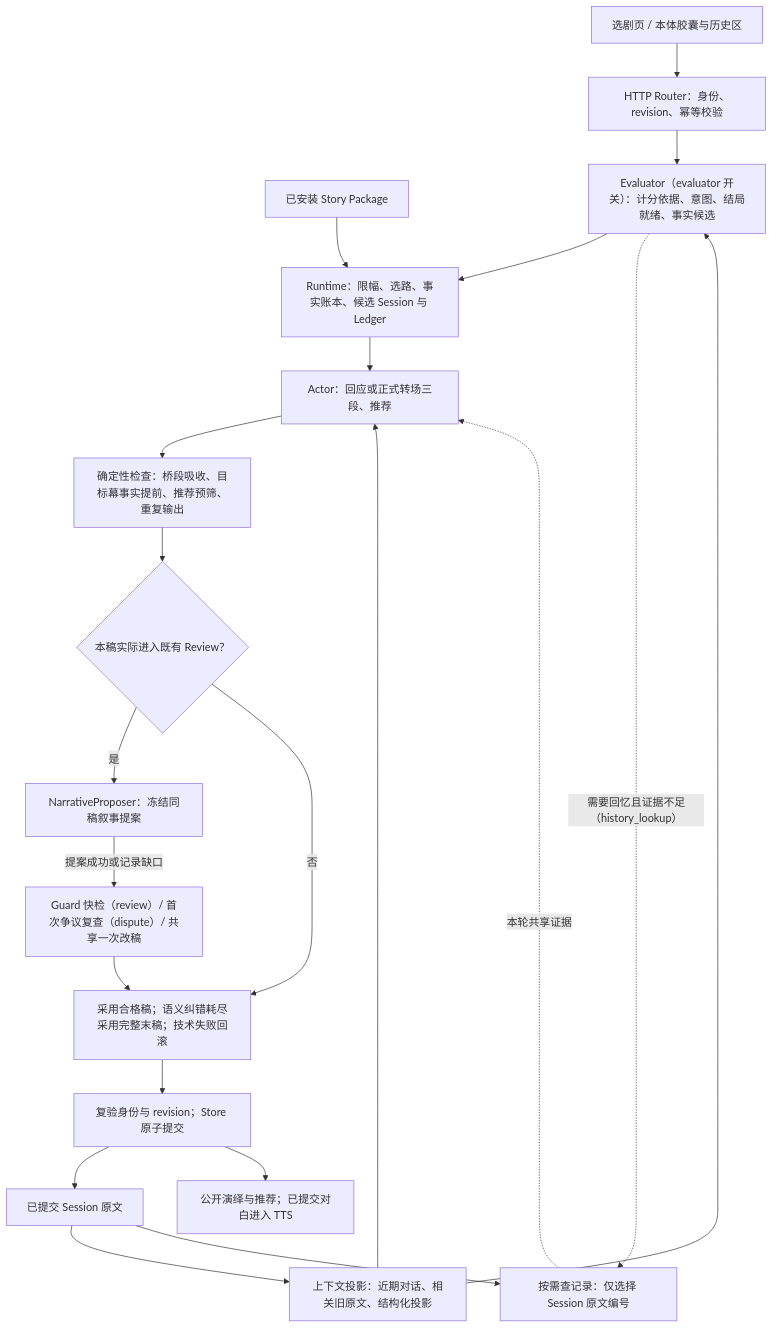
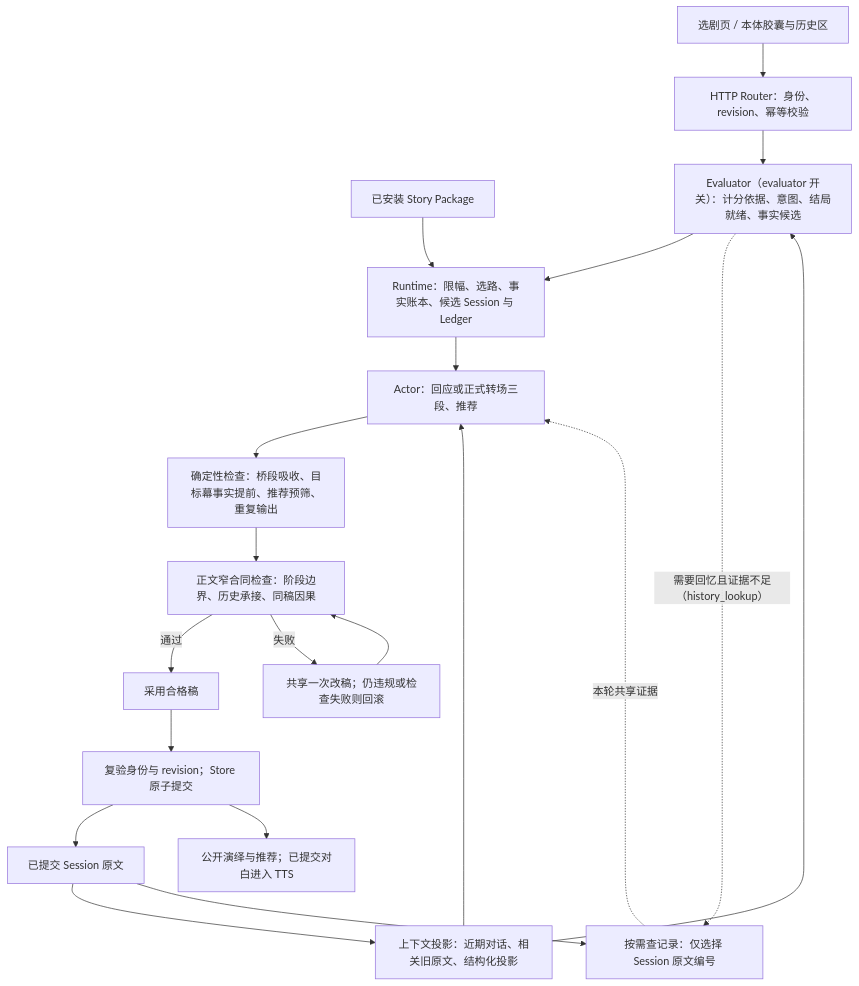
One commit to Project-N-E-K-O/N.E.K.O changed the first of 3 diagrams in docs/design/neko-theater-architecture.md. Above: the diagram before and after it, drawn with Mermaid. The commit also changed other lines of this file and 238 other files, not shown here.

````diff
--- a/docs/design/neko-theater-architecture.md
+++ b/docs/design/neko-theater-architecture.md
@@ -125,23 +139,22 @@
 ```mermaid
 flowchart TD
     UI["选剧页 / 本体胶囊与历史区"] --> API["HTTP Router：身份、revision、幂等校验"]
     Package["已安装 Story Package"] --> Runtime["Runtime：限幅、选路、事实账本、候选 Session 与 Ledger"]
     API --> Eval["Evaluator（evaluator 开关）：计分依据、意图、结局就绪、事实候选"]
     Session["已提交 Session 原文"] --> Context["上下文投影：近期对话、相关旧原文、结构化投影"]
     Context --> Eval
     Eval --> Runtime
     Eval -. "需要回忆且证据不足（history_lookup）" .-> Lookup["按需查记录：仅选择 Session 原文编号"]
     Session --> Lookup
     Runtime --> Actor["Actor：回应或正式转场三段、推荐"]
     Context --> Actor
     Lookup -. "本轮共享证据" .-> Actor
     Actor --> Checks["确定性检查：桥段吸收、目标幕事实提前、推荐预筛、重复输出"]
-    Checks --> ReviewGate{"本稿实际进入既有 Review？"}
-    ReviewGate -->|是| Proposer["NarrativeProposer：冻结同稿叙事提案"]
-    Proposer -->|提案成功或记录缺口| Review["Guard 快检（review）/ 首次争议复查（dispute）/ 共享一次改稿"]
-    ReviewGate -->|否| Adopt
-    Review --> Adopt["采用合格稿；语义纠错耗尽采用完整末稿；技术失败回滚"]
+    Checks --> Contract["正文窄合同检查：阶段边界、历史承接、同稿因果"]
+    Contract -->|通过| Adopt["采用合格稿"]
+    Contract -->|失败| Repair["共享一次改稿；仍违规或检查失败则回滚"]
+    Repair --> Contract
     Adopt --> Commit["复验身份与 revision；Store 原子提交"]
     Commit --> Session
     Commit --> Display["公开演绎与推荐；已提交对白进入 TTS"]
 ```
````
